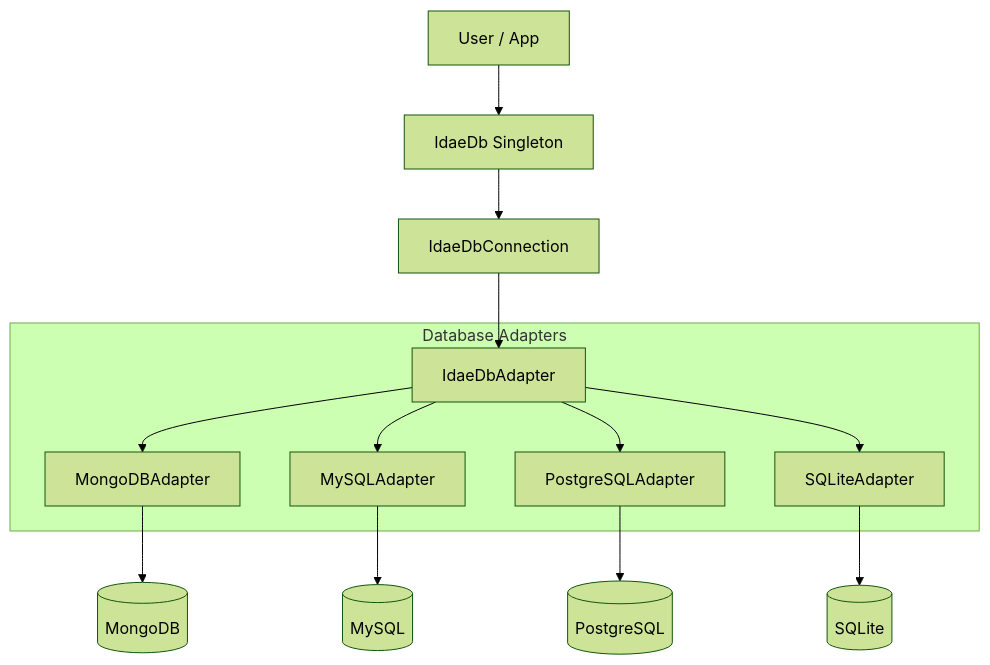
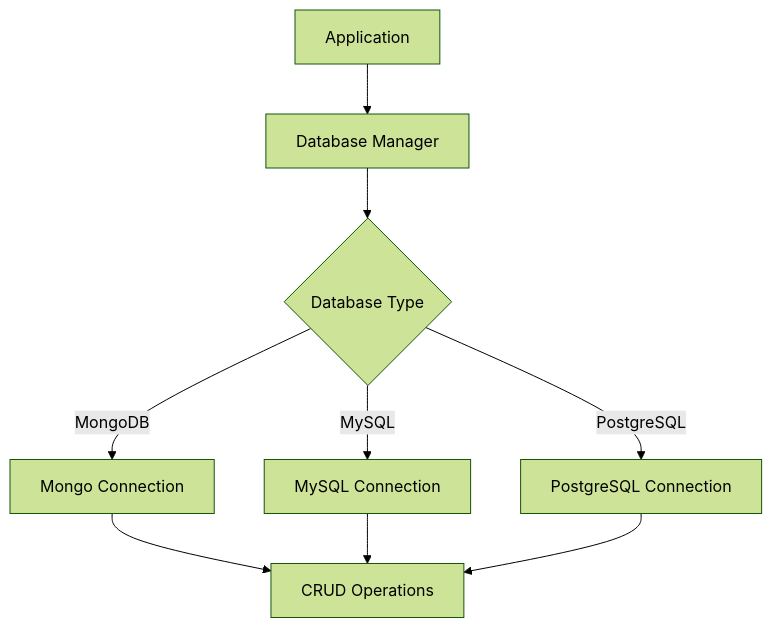
Before and after one commit to medyll/idae: the diagram in packages/idae-db/README.md, drawn with Mermaid (forest theme). The commit also changed other lines of this file and 17 other files, not shown here.

````diff
--- a/packages/idae-db/README.md
+++ b/packages/idae-db/README.md
@@ -191,18 +7,11 @@
 ```mermaid
-flowchart TD
-  User[User / App] --> IdaeDb[IdaeDb Singleton]
-  IdaeDb --> Connection[IdaeDbConnection]
-  Connection --> Adapter[IdaeDbAdapter]
-  
-  subgraph Adapters [Database Adapters]
-    Adapter --> Mongo[MongoDBAdapter]
-    Adapter --> MySQL[MySQLAdapter]
-    Adapter --> PG[PostgreSQLAdapter]
-    Adapter --> SQLite[SQLiteAdapter]
-  end
-
-  Mongo --> MongoDB[(MongoDB)]
-  MySQL --> MySQLDB[(MySQL)]
-  PG --> PGDB[(PostgreSQL)]
-  SQLite --> SQLiteDB[(SQLite)]
+graph TD
+    A[Application] --> B[Database Manager]
+    B --> C{Database Type}
+    C -->|MongoDB| D[Mongo Connection]
+    C -->|MySQL| E[MySQL Connection]
+    C -->|PostgreSQL| F[PostgreSQL Connection]
+    D --> G[CRUD Operations]
+    E --> G
+    F --> G
 ```
````
